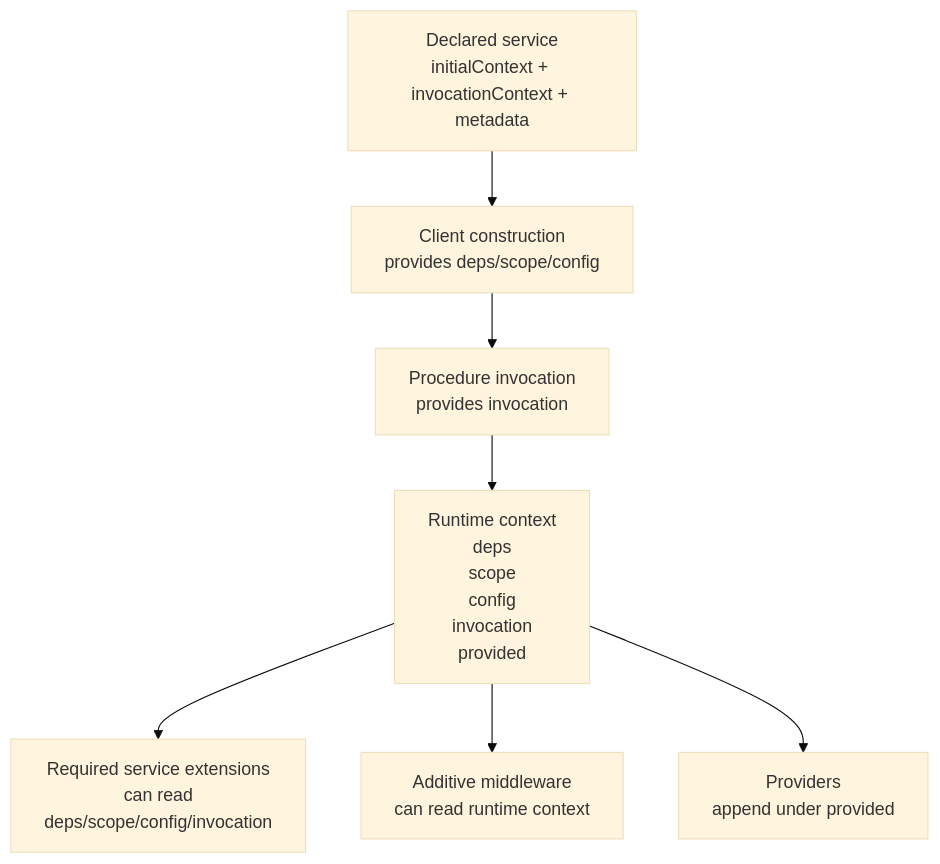
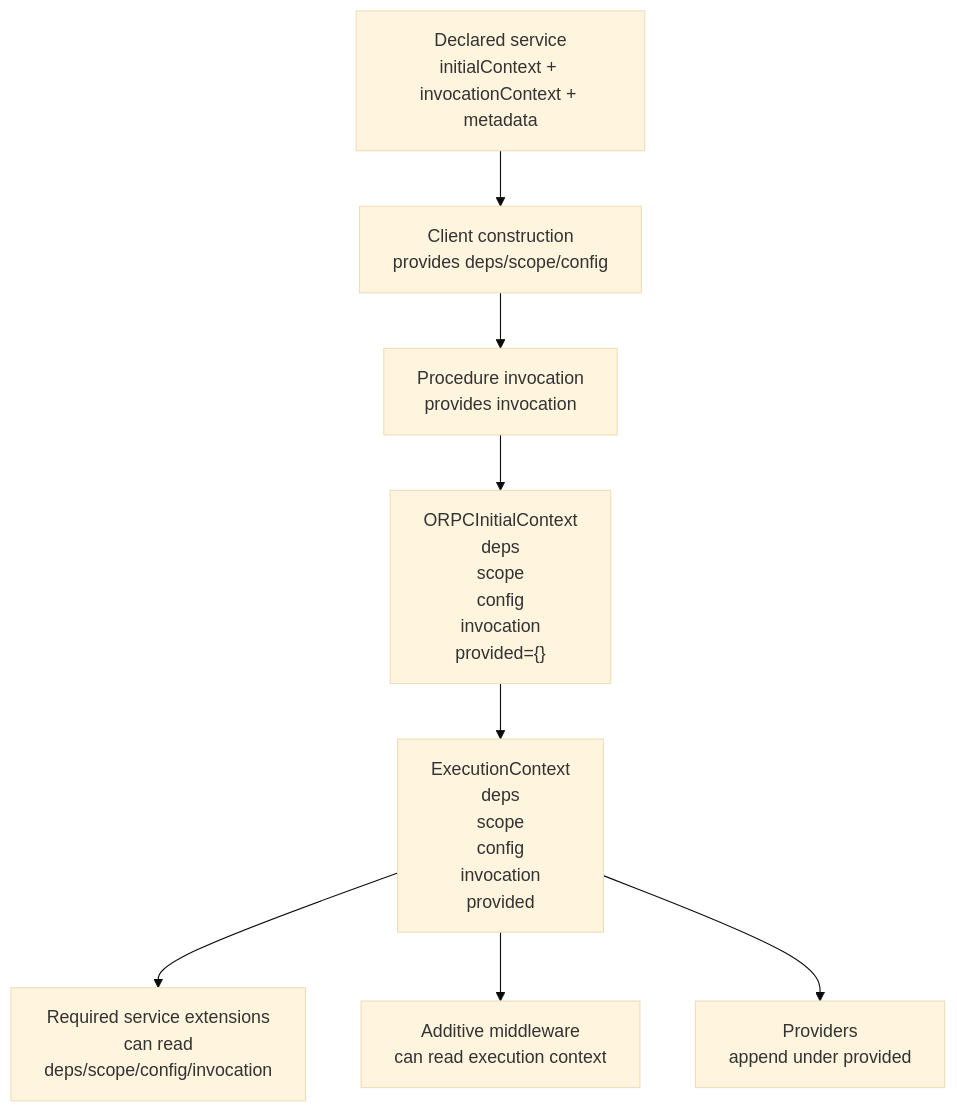
Before and after one commit to rawr-ai/rawr-hq-template: the diagram in docs/projects/orpc-ingest-domain-packages/SERVICE_CONTEXT_SEMANTICS_MINI_SPEC.md, drawn with Mermaid (base theme). The commit also changed other lines of this file, not shown here.

Commit message:
docs(example-todo): finalize context projection naming in mini spec

````diff
--- a/docs/projects/orpc-ingest-domain-packages/SERVICE_CONTEXT_SEMANTICS_MINI_SPEC.md
+++ b/docs/projects/orpc-ingest-domain-packages/SERVICE_CONTEXT_SEMANTICS_MINI_SPEC.md
@@ -617,9 +612,10 @@
 ```mermaid
 flowchart TD
   A["Declared service\ninitialContext + invocationContext + metadata"] --> B["Client construction\nprovides deps/scope/config"]
   B --> C["Procedure invocation\nprovides invocation"]
-  C --> D["Runtime context\n deps\n scope\n config\n invocation\n provided"]
-  D --> E["Required service extensions\n can read deps/scope/config/invocation"]
-  D --> F["Additive middleware\n can read runtime context"]
-  D --> G["Providers\n append under provided"]
+  C --> D["ORPCInitialContext\n deps\n scope\n config\n invocation\n provided={}"]
+  D --> E["ExecutionContext\n deps\n scope\n config\n invocation\n provided"]
+  E --> F["Required service extensions\n can read deps/scope/config/invocation"]
+  E --> G["Additive middleware\n can read execution context"]
+  E --> H["Providers\n append under provided"]
 ```
````
